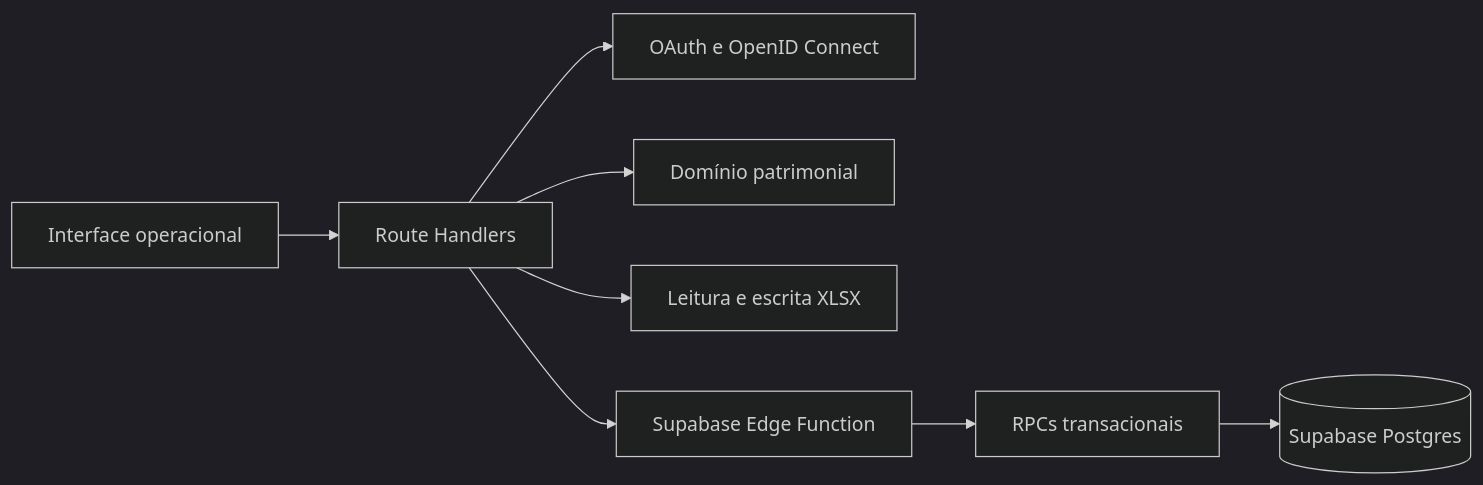
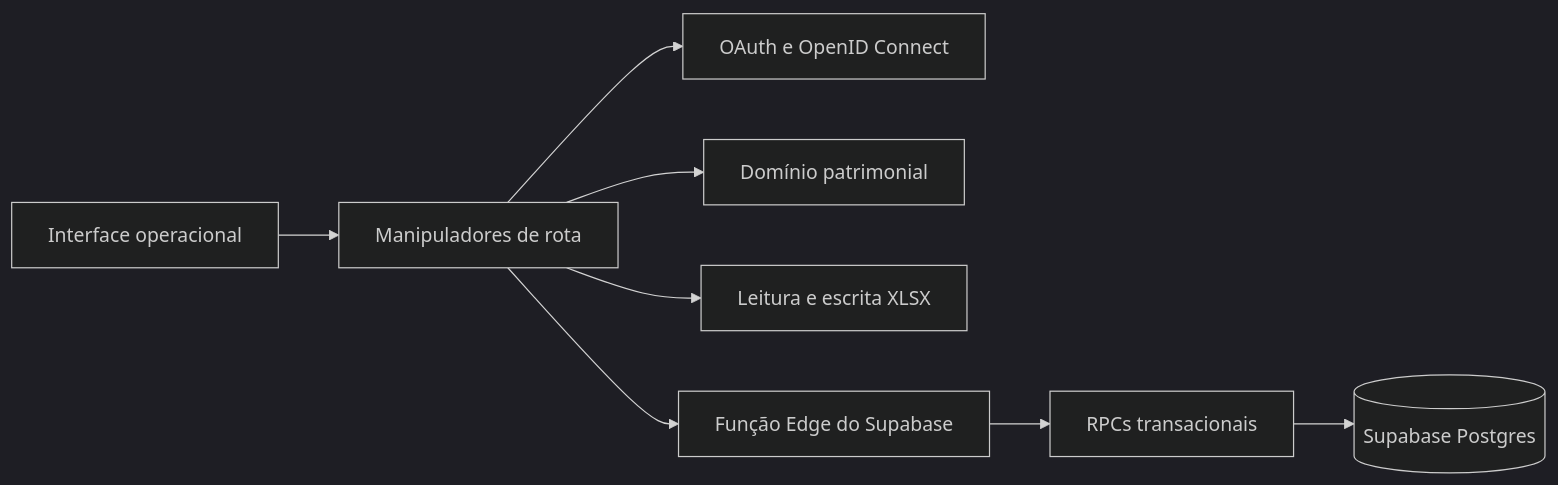
One commit to Kenjihidehira/patrimonio-ops-control changed the diagram in docs/arquitetura.md. Above: the diagram before and after it, drawn with Mermaid (dark theme). The commit also changed other lines of this file and 4 other files, not shown here.

````diff
--- a/docs/arquitetura.md
+++ b/docs/arquitetura.md
@@ -5,10 +5,10 @@
 ```mermaid
 flowchart LR
-    UI[Interface operacional] --> API[Route Handlers]
+    UI[Interface operacional] --> API[Manipuladores de rota]
     API --> AUTH[OAuth e OpenID Connect]
     API --> DOMAIN[Domínio patrimonial]
     API --> XLSX[Leitura e escrita XLSX]
-    API --> GATEWAY[Supabase Edge Function]
+    API --> GATEWAY[Função Edge do Supabase]
     GATEWAY --> RPC[RPCs transacionais]
     RPC --> PG[(Supabase Postgres)]
 ```
````
